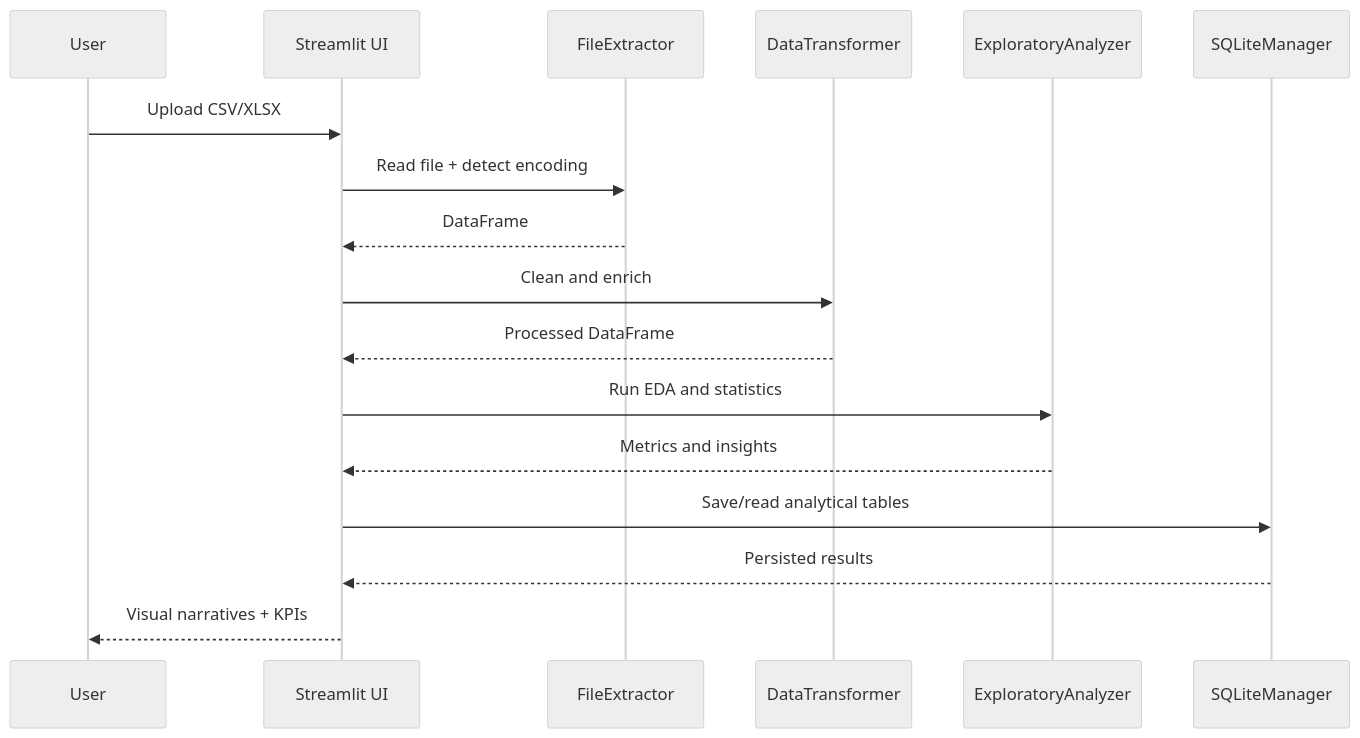
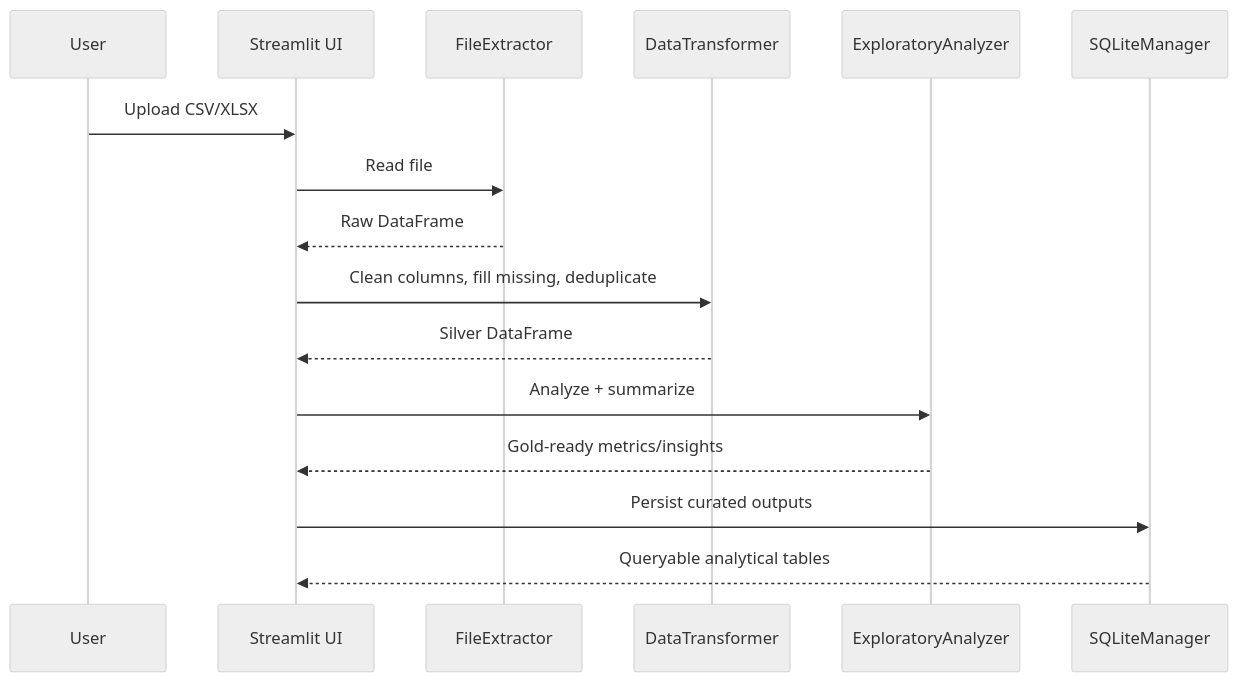
Before and after one commit to samuelmaia-analytics/data-senior-analytics: the second of 2 diagrams in docs/ARCHITECTURE.md, drawn with Mermaid (neutral theme). The commit also changed other lines of this file and 18 other files, not shown here.

````diff
--- a/docs/ARCHITECTURE.md
+++ b/docs/ARCHITECTURE.md
@@ -20,20 +26,19 @@
 ```mermaid
 sequenceDiagram
-    participant User
+    participant U as User
     participant UI as Streamlit UI
-    participant Ingest as FileExtractor
-    participant Transform as DataTransformer
-    participant Analyze as ExploratoryAnalyzer
+    participant FE as FileExtractor
+    participant TR as DataTransformer
+    participant AN as ExploratoryAnalyzer
     participant DB as SQLiteManager
 
-    User->>UI: Upload CSV/XLSX
-    UI->>Ingest: Read file + detect encoding
-    Ingest-->>UI: DataFrame
-    UI->>Transform: Clean and enrich
-    Transform-->>UI: Processed DataFrame
-    UI->>Analyze: Run EDA and statistics
-    Analyze-->>UI: Metrics and insights
-    UI->>DB: Save/read analytical tables
-    DB-->>UI: Persisted results
-    UI-->>User: Visual narratives + KPIs
+    U->>UI: Upload CSV/XLSX
+    UI->>FE: Read file
+    FE-->>UI: Raw DataFrame
+    UI->>TR: Clean columns, fill missing, deduplicate
+    TR-->>UI: Silver DataFrame
+    UI->>AN: Analyze + summarize
+    AN-->>UI: Gold-ready metrics/insights
+    UI->>DB: Persist curated outputs
+    DB-->>UI: Queryable analytical tables
 ```
````
